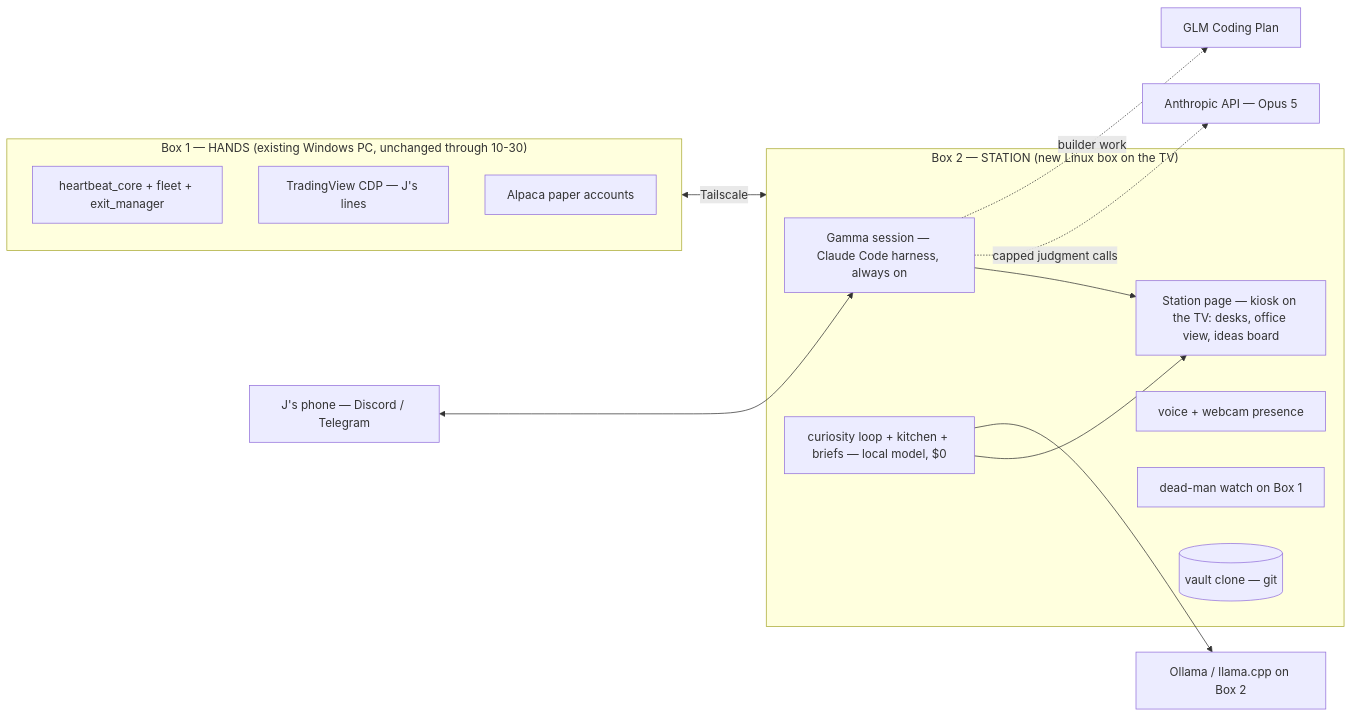
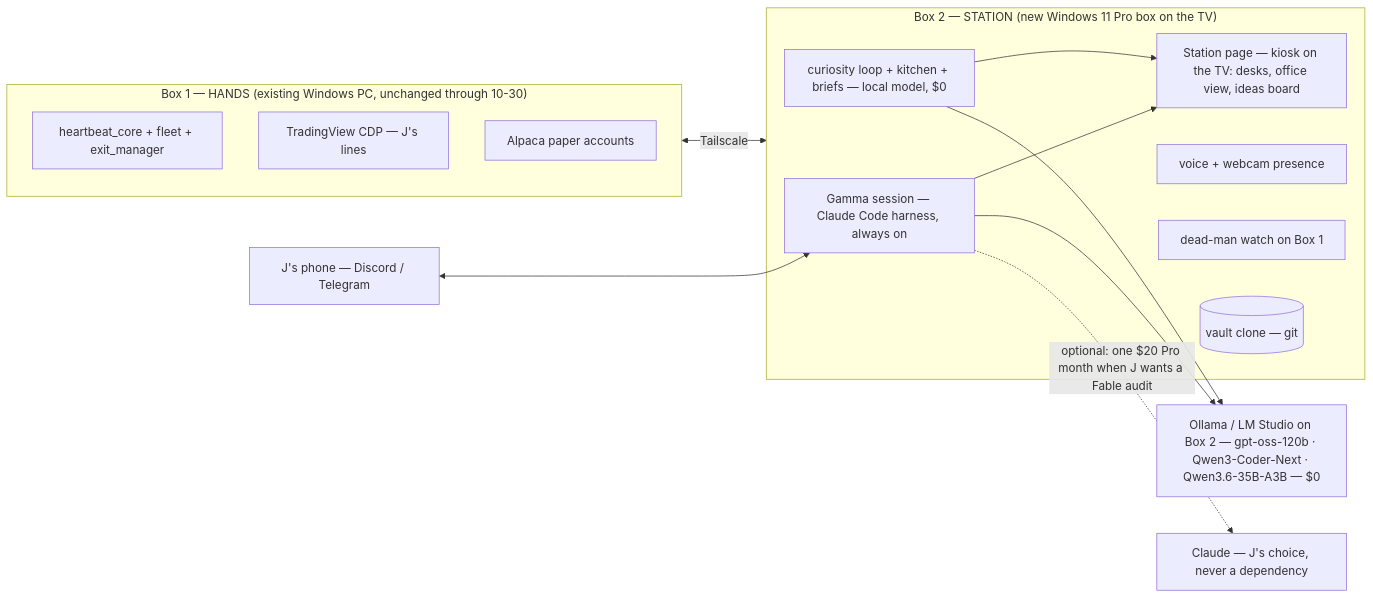
One commit to Swjsh/42 changed the diagram in markdown/planning/GAMMA-STATION.md. Above: the diagram before and after it, drawn with Mermaid. The commit also changed other lines of this file, not shown here.

Commit message:
docs: GAMMA-STATION rev 2 (J 12:45 ET) -- Windows not Linux, $0/month all-local brain, N5 MAX vs GTR9 Pro, model roster, how always-on works (§11)

````diff
--- a/markdown/planning/GAMMA-STATION.md
+++ b/markdown/planning/GAMMA-STATION.md
@@ -65,24 +80,24 @@
 ```mermaid
 flowchart LR
   subgraph B1["Box 1 — HANDS (existing Windows PC, unchanged through 10-30)"]
     HB[heartbeat_core + fleet + exit_manager]
     TV1[TradingView CDP — J's lines]
     ALP[Alpaca paper accounts]
   end
-  subgraph B2["Box 2 — STATION (new Linux box on the TV)"]
+  subgraph B2["Box 2 — STATION (new Windows 11 Pro box on the TV)"]
     GS[Gamma session — Claude Code harness, always on]
     CL[curiosity loop + kitchen + briefs — local model, $0]
     ST[Station page — kiosk on the TV: desks, office view, ideas board]
     VF[voice + webcam presence]
     DM[dead-man watch on Box 1]
     VAULT[(vault clone — git)]
   end
   PH[J's phone — Discord / Telegram]
   B1 <-- Tailscale --> B2
   PH <--> GS
   GS --> ST
   CL --> ST
-  GS -. capped judgment calls .-> ANTH[Anthropic API — Opus 5]
-  GS -. builder work .-> GLM[GLM Coding Plan]
-  CL --> LOCAL[Ollama / llama.cpp on Box 2]
+  GS --> LOCAL[Ollama / LM Studio on Box 2 — gpt-oss-120b · Qwen3-Coder-Next · Qwen3.6-35B-A3B — $0]
+  CL --> LOCAL
+  GS -. optional: one $20 Pro month when J wants a Fable audit .-> ANTH[Claude — J's choice, never a dependency]
 ```
````
